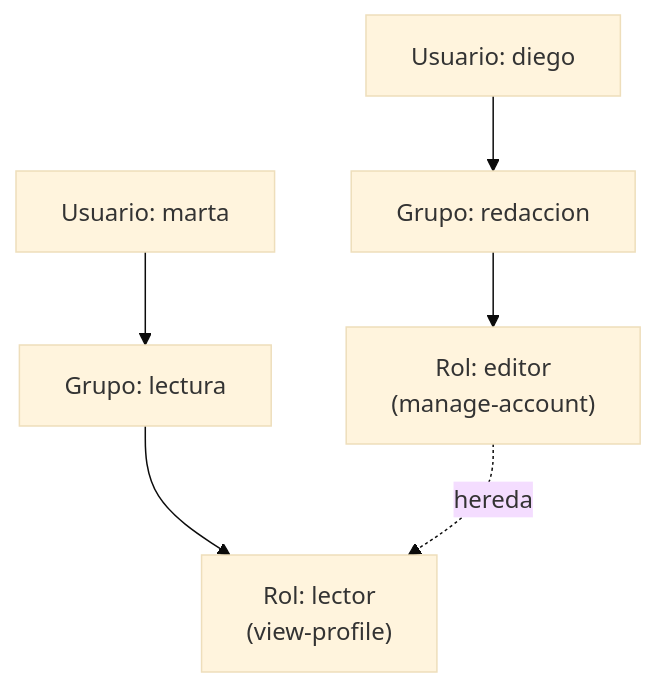
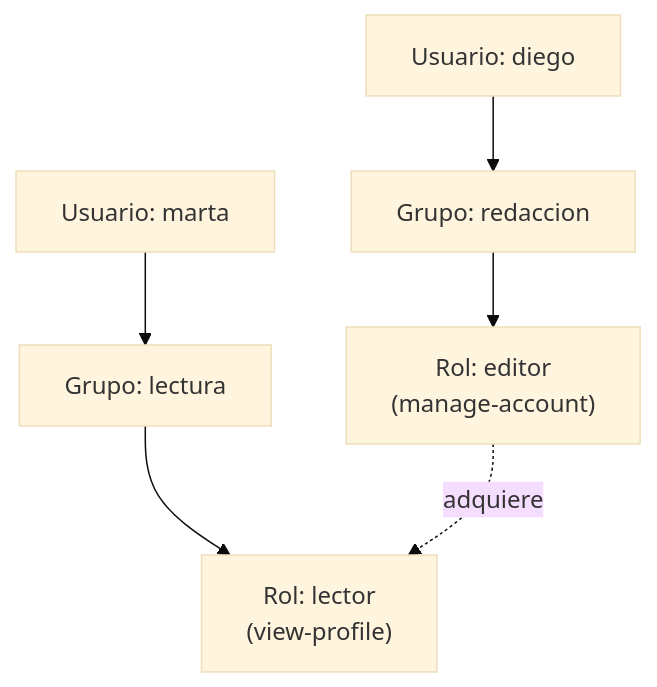
One commit to rodmenm/Cursos-Cuba changed the diagram in modulos/modulo-1-zero-trust-ciclo-vida/laboratorio-1-keycloak-realms-rbac/README-ALUMNO.md. Above: the diagram before and after it, drawn with Mermaid (base theme). The commit also changed other lines of this file and 8 other files, not shown here.

````diff
--- a/modulos/modulo-1-zero-trust-ciclo-vida/laboratorio-1-keycloak-realms-rbac/README-ALUMNO.md
+++ b/modulos/modulo-1-zero-trust-ciclo-vida/laboratorio-1-keycloak-realms-rbac/README-ALUMNO.md
@@ -67,8 +67,8 @@
 ```mermaid
 graph TD
   M["Usuario: marta"] --> GL["Grupo: lectura"]
   D["Usuario: diego"] --> GR["Grupo: redaccion"]
   GL --> RL["Rol: lector<br/>(view-profile)"]
   GR --> RE["Rol: editor<br/>(manage-account)"]
-  RE -. hereda .-> RL
+  RE -. adquiere .-> RL
 ```
````
